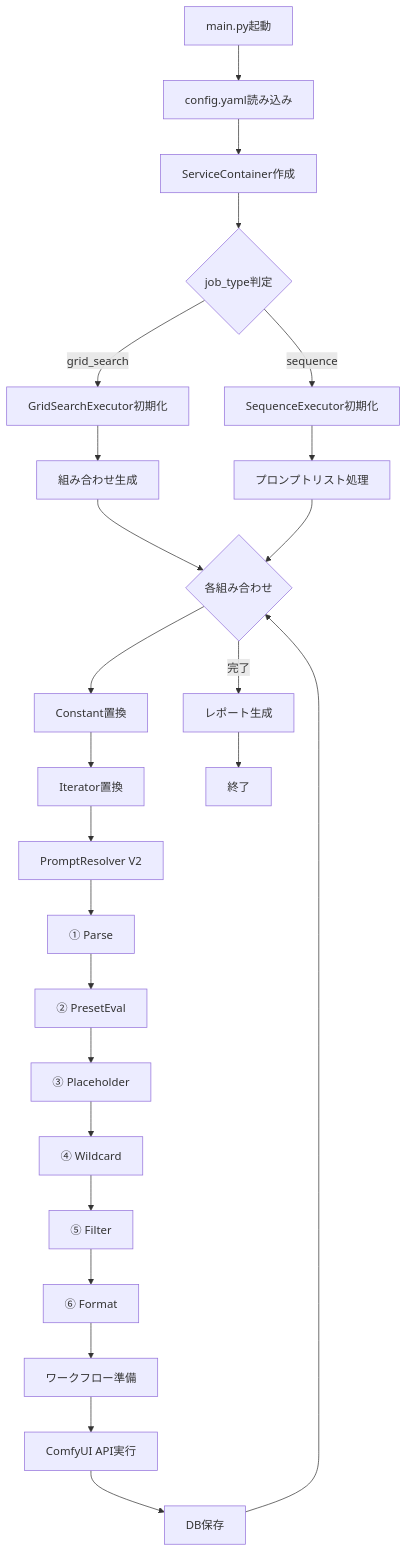
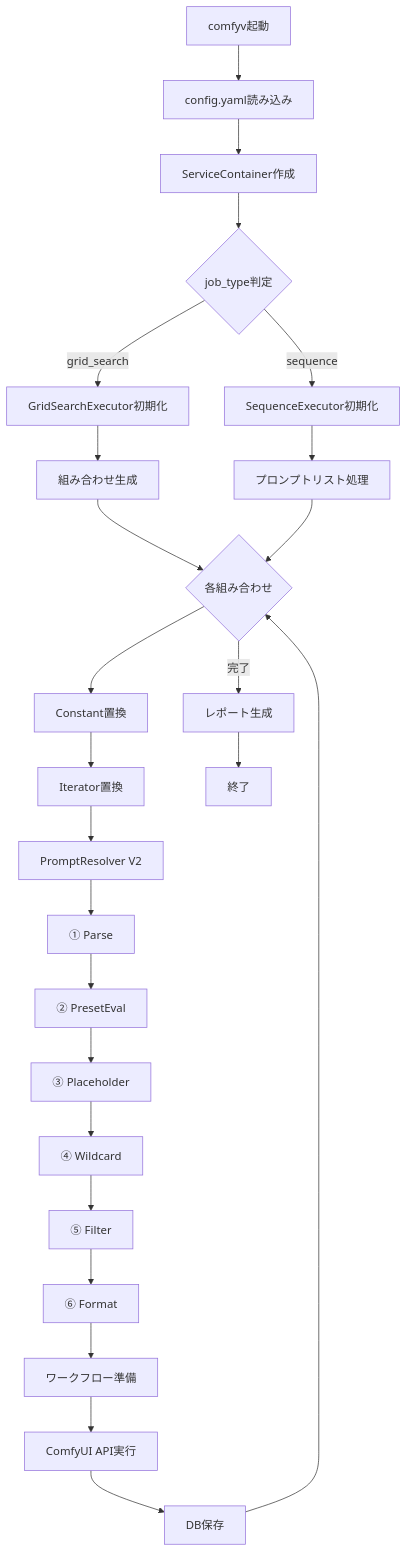
One commit to koshihikari77/comfyui-client changed the second of 11 diagrams in documents/design_and_specification.md. Above: the diagram before and after it, drawn with Mermaid. The commit also changed other lines of this file and 14 other files, not shown here.

````diff
--- a/documents/design_and_specification.md
+++ b/documents/design_and_specification.md
@@ -211,34 +211,34 @@
 ```mermaid
 flowchart TD
-    Start[main.py起動] --> LoadConfig[config.yaml読み込み]
+    Start[comfyv起動] --> LoadConfig[config.yaml読み込み]
     LoadConfig --> CreateContainer[ServiceContainer作成]
     CreateContainer --> SelectExecutor{job_type判定}
     
     SelectExecutor -->|grid_search| GridInit[GridSearchExecutor初期化]
     SelectExecutor -->|sequence| SeqInit[SequenceExecutor初期化]
     
     GridInit --> GridProcess[組み合わせ生成]
     SeqInit --> SeqProcess[プロンプトリスト処理]
     
     GridProcess --> Loop{各組み合わせ}
     SeqProcess --> Loop
     
     Loop --> ConstSub[Constant置換]
     ConstSub --> IterSub[Iterator置換]
     IterSub --> ResolvePrompt[PromptResolver V2]
     
     ResolvePrompt --> Parse[① Parse]
     Parse --> PresetEval[② PresetEval]
     PresetEval --> Placeholder[③ Placeholder]
     Placeholder --> Wildcard[④ Wildcard]
     Wildcard --> Filter[⑤ Filter]
     Filter --> Format[⑥ Format]
     
     Format --> PrepareWorkflow[ワークフロー準備]
     PrepareWorkflow --> APICall[ComfyUI API実行]
     APICall --> SaveDB[DB保存]
     SaveDB --> Loop
     
     Loop -->|完了| GenerateReport[レポート生成]
     GenerateReport --> End[終了]
 ```
````
